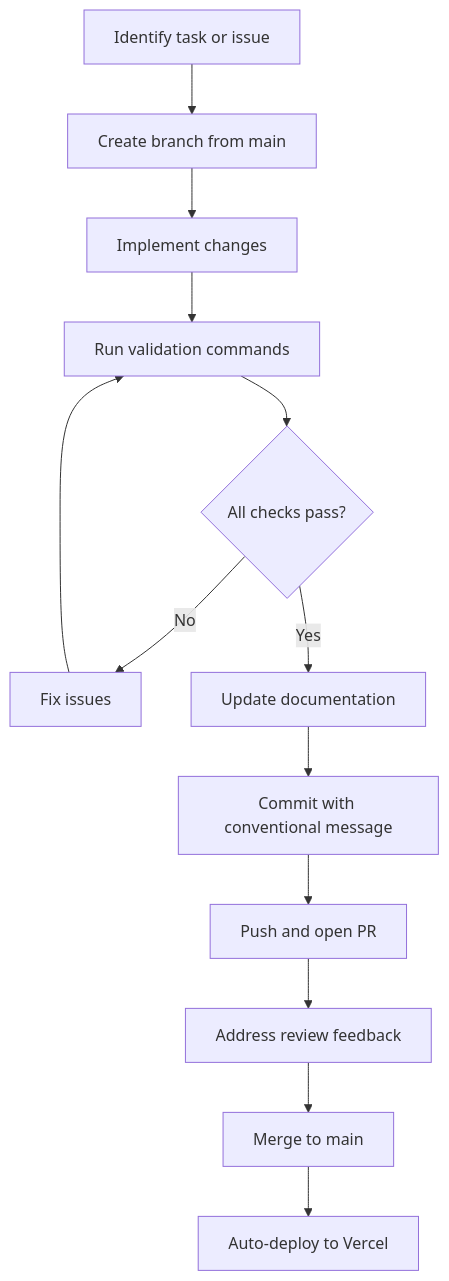
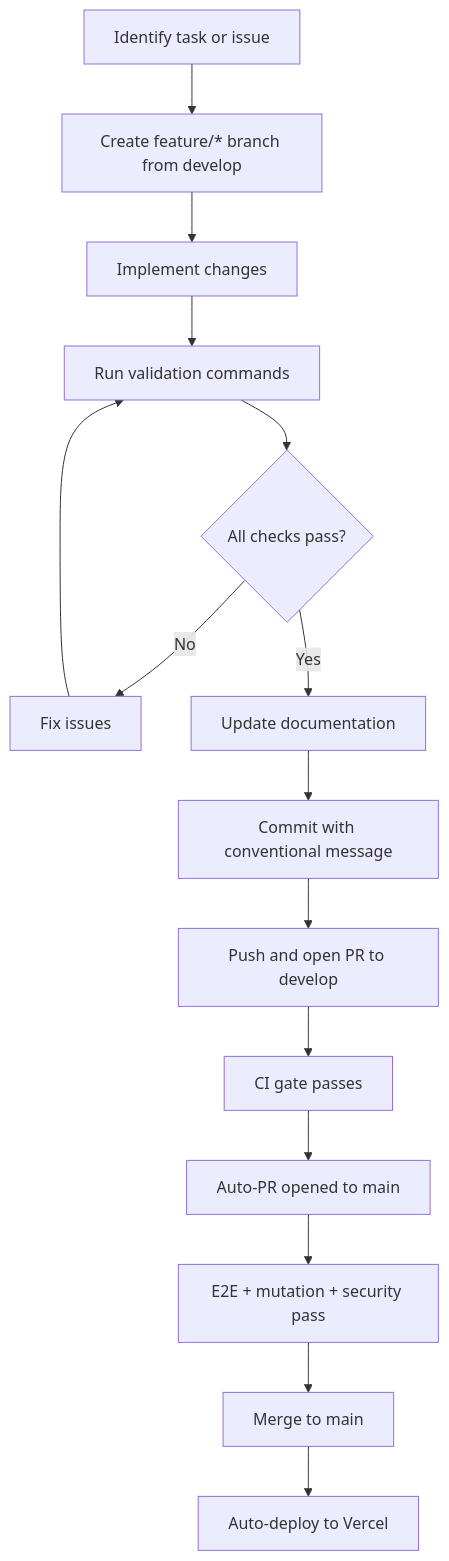
One commit to Oweeboi011/Fit-Ready-IQ changed the first of 5 diagrams in docs/wiki/CONTRIBUTING.md. Above: the diagram before and after it, drawn with Mermaid. The commit also changed other lines of this file and 17 other files, not shown here.

First line of the commit message:
ci: simplify to trunk-based flow and fix review bugs

````diff
--- a/docs/wiki/CONTRIBUTING.md
+++ b/docs/wiki/CONTRIBUTING.md
@@ -31,15 +31,17 @@
 ```mermaid
 flowchart TD
-    A[Identify task or issue] --> B[Create branch from main]
+    A[Identify task or issue] --> B[Create feature/* branch from develop]
     B --> C[Implement changes]
     C --> D[Run validation commands]
     D --> E{All checks pass?}
     E -->|No| F[Fix issues]
     F --> D
     E -->|Yes| G[Update documentation]
     G --> H[Commit with conventional message]
-    H --> I[Push and open PR]
-    I --> J[Address review feedback]
-    J --> K[Merge to main]
-    K --> L[Auto-deploy to Vercel]
+    H --> I[Push and open PR to develop]
+    I --> J[CI gate passes]
+    J --> K[Auto-PR opened to main]
+    K --> L[E2E + mutation + security pass]
+    L --> M[Merge to main]
+    M --> N[Auto-deploy to Vercel]
 ```
````
